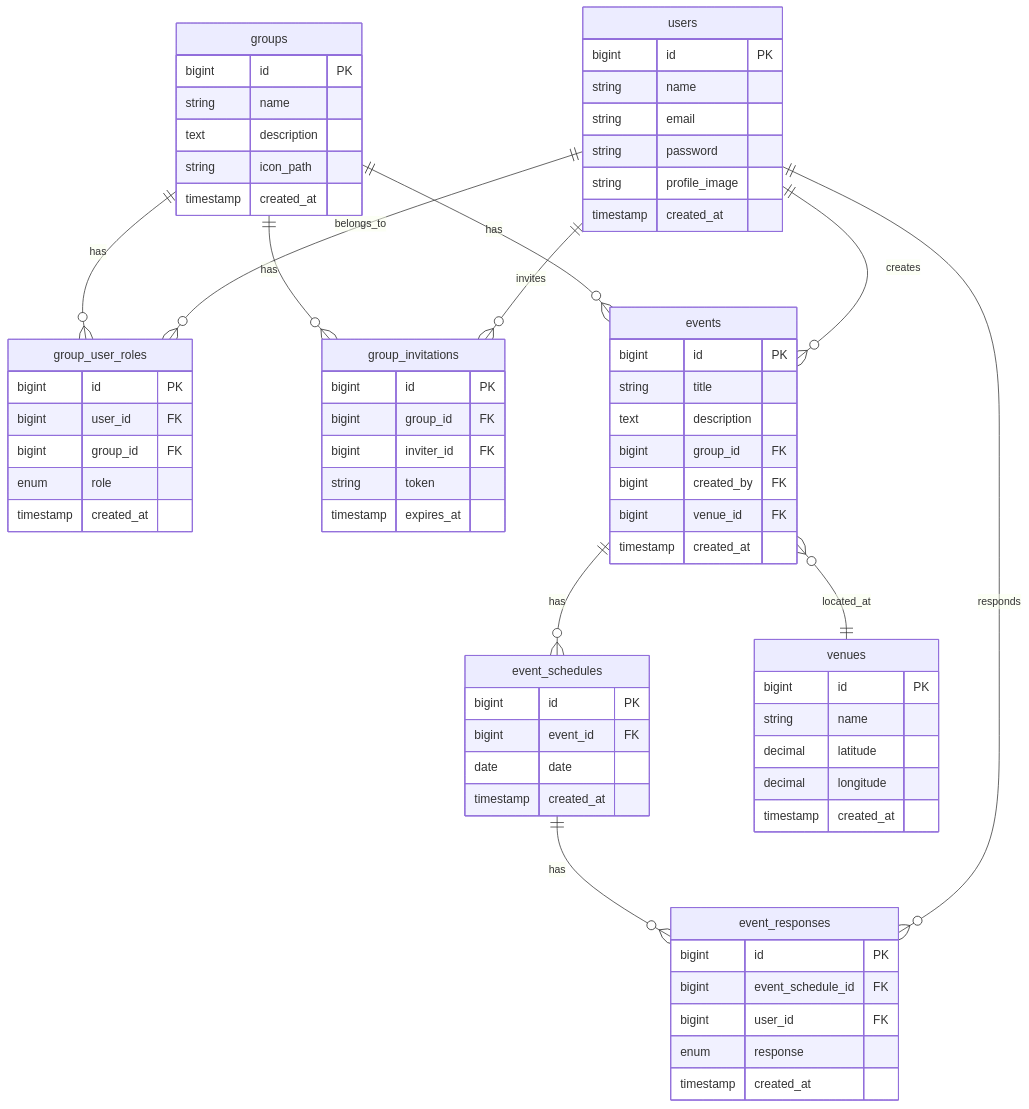
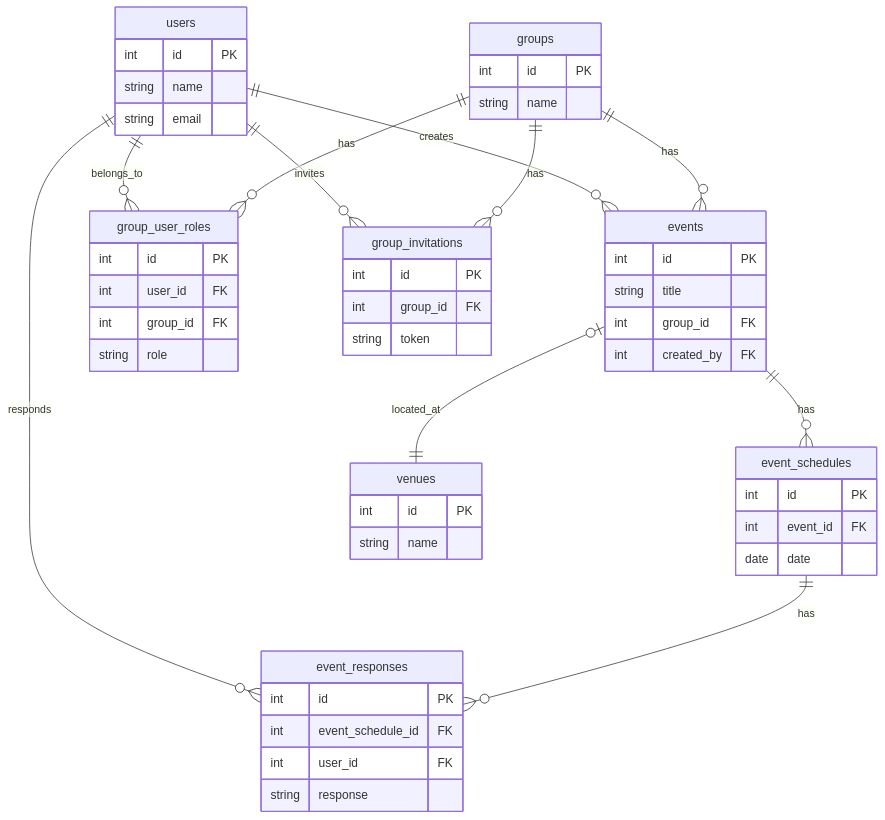
The diagram in README.md (ryosu1246/event-scheduler), drawn with Mermaid before and after one commit.

Commit message:
Fix Mermaid ER diagram syntax for GitHub rendering

````diff
--- a/README.md
+++ b/README.md
@@ -69,79 +69,55 @@
 ```mermaid
 erDiagram
-    users {
-        bigint id PK
-        string name
-        string email
-        string password
-        string profile_image
-        timestamp created_at
-    }
-
-    groups {
-        bigint id PK
-        string name
-        text description
-        string icon_path
-        timestamp created_at
-    }
-
-    group_user_roles {
-        bigint id PK
-        bigint user_id FK
-        bigint group_id FK
-        enum role
-        timestamp created_at
-    }
-
-    group_invitations {
-        bigint id PK
-        bigint group_id FK
-        bigint inviter_id FK
-        string token
-        timestamp expires_at
-    }
-
-    events {
-        bigint id PK
-        string title
-        text description
-        bigint group_id FK
-        bigint created_by FK
-        bigint venue_id FK
-        timestamp created_at
-    }
-
-    event_schedules {
-        bigint id PK
-        bigint event_id FK
-        date date
-        timestamp created_at
-    }
-
-    event_responses {
-        bigint id PK
-        bigint event_schedule_id FK
-        bigint user_id FK
-        enum response
-        timestamp created_at
-    }
-
-    venues {
-        bigint id PK
-        string name
-        decimal latitude
-        decimal longitude
-        timestamp created_at
-    }
-
     users ||--o{ events : creates
     users ||--o{ event_responses : responds
     users ||--o{ group_user_roles : belongs_to
     users ||--o{ group_invitations : invites
     groups ||--o{ events : has
     groups ||--o{ group_user_roles : has
     groups ||--o{ group_invitations : has
     events ||--o{ event_schedules : has
-    events }o--|| venues : located_at
+    events o|--|| venues : located_at
     event_schedules ||--o{ event_responses : has
+
+    users {
+        int id PK
+        string name
+        string email
+    }
+    groups {
+        int id PK
+        string name
+    }
+    events {
+        int id PK
+        string title
+        int group_id FK
+        int created_by FK
+    }
+    event_schedules {
+        int id PK
+        int event_id FK
+        date date
+    }
+    event_responses {
+        int id PK
+        int event_schedule_id FK
+        int user_id FK
+        string response
+    }
+    venues {
+        int id PK
+        string name
+    }
+    group_user_roles {
+        int id PK
+        int user_id FK
+        int group_id FK
+        string role
+    }
+    group_invitations {
+        int id PK
+        int group_id FK
+        string token
+    }
 ```
````
